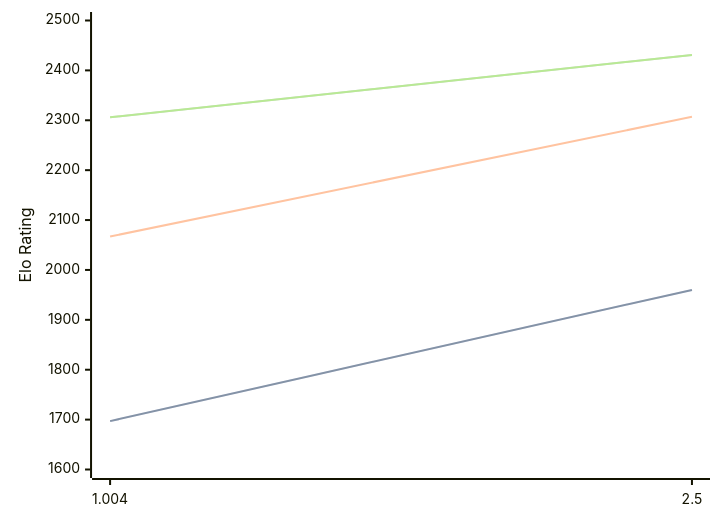
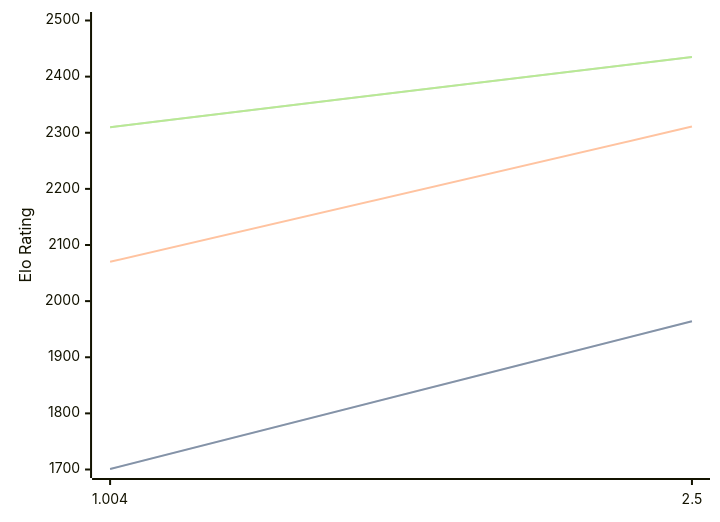
Before and after one commit to computer-chess-index/cci: the diagram in engines/Ares.md, drawn with Mermaid. The commit also changed other lines of this file, not shown here.

Commit message:
Update CCI Ratings (ELO VLTC) - 2026-08-18

````diff
--- a/engines/Ares.md
+++ b/engines/Ares.md
@@ -32,11 +32,11 @@
 ```mermaid
 %%{init: {"theme":"base","themeVariables":{"seriesColors:['#a3a3a3','#222221','#faa371']}}}%%
 xychart-beta
   x-axis ["1.004", "2.5"]
-  y-axis "Elo Rating" 1600 --> 2500
-  line "STC (8.0+0.08s)" [1697, 1960]
-  line "STC (8.0+0.08s)" [1697, 1960]
-  line "LTC (60.0+0.60s)" [2067, 2307]
-  line "VLTC (2m24s+1.12s)" [2306, 2431]
-  line "VLTC (2m24s+1.12s)" [2306, 2431]
+  y-axis "Elo Rating" 1700 --> 2500
+  line "STC (8.0+0.08s)" [1701, 1964]
+  line "STC (8.0+0.08s)" [1701, 1964]
+  line "LTC (60.0+0.60s)" [2070, 2311]
+  line "VLTC (2m24s+1.12s)" [2310, 2435]
+  line "VLTC (2m24s+1.12s)" [2310, 2435]
 ```
````
